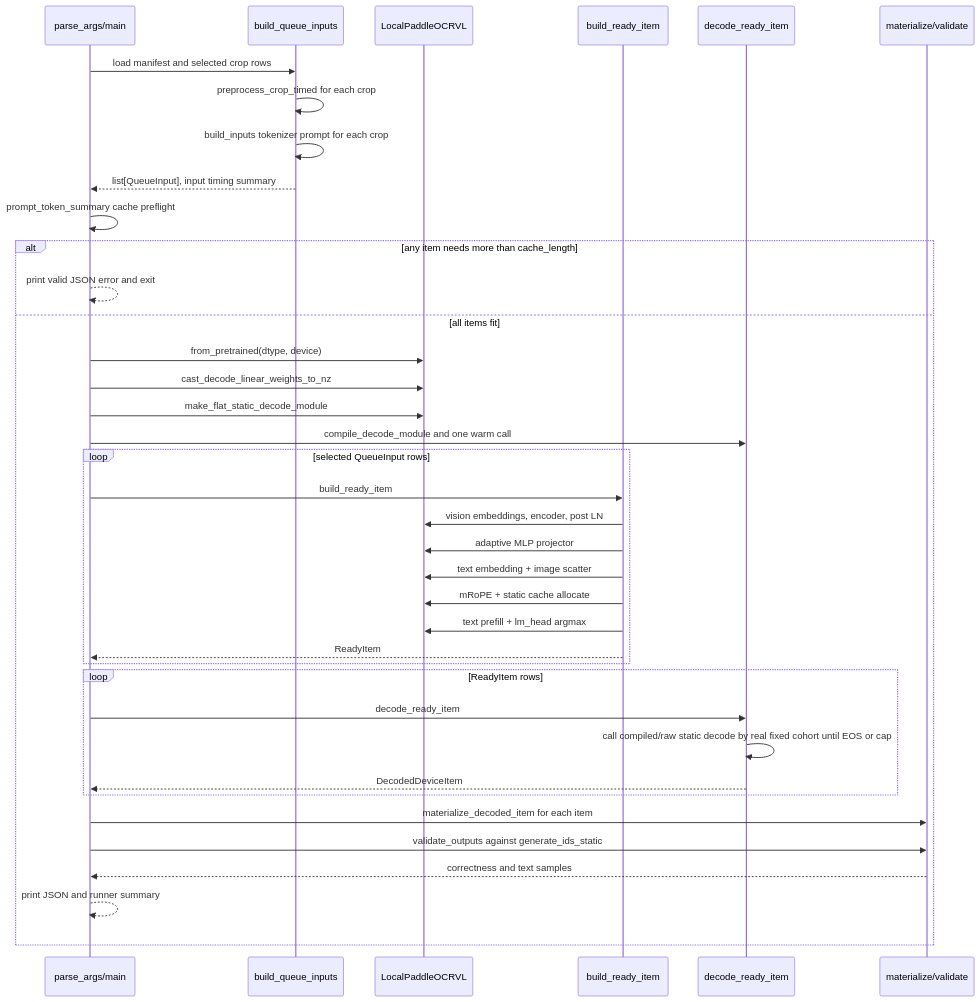
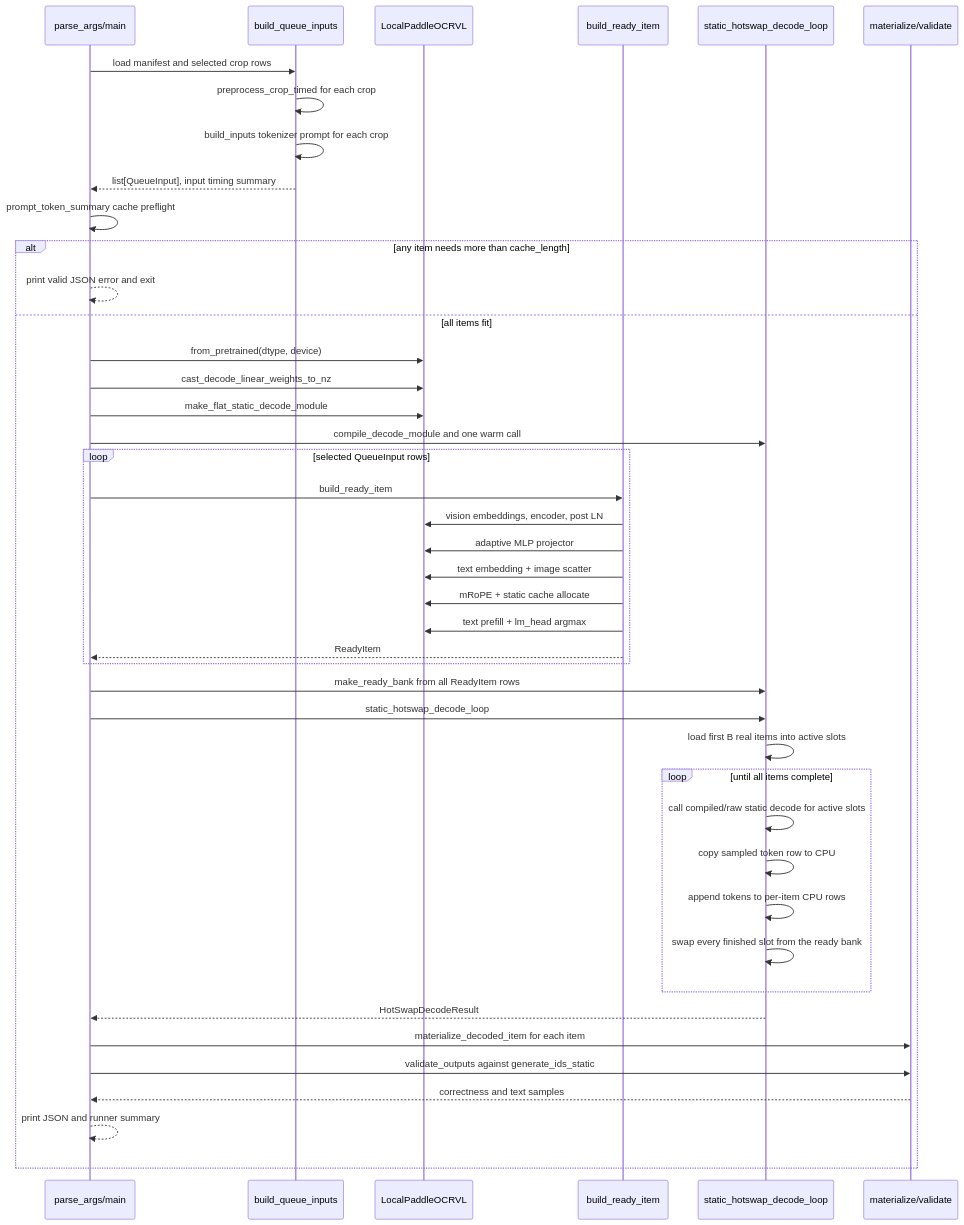
Before and after one commit to lukaIvanic/paddle_ocr_vl_npu: the second of 2 diagrams in 05_full_recognizer_optimizations/QUEUE_BENCHMARK_FLOW.md, drawn with Mermaid. The commit also changed other lines of this file and 4 other files, not shown here.

````diff
--- a/05_full_recognizer_optimizations/QUEUE_BENCHMARK_FLOW.md
+++ b/05_full_recognizer_optimizations/QUEUE_BENCHMARK_FLOW.md
@@ -52,41 +56,46 @@
 ```mermaid
 sequenceDiagram
     participant CLI as parse_args/main
     participant Inputs as build_queue_inputs
     participant Model as LocalPaddleOCRVL
     participant Ready as build_ready_item
-    participant Decode as decode_ready_item
+    participant Decode as static_hotswap_decode_loop
     participant Output as materialize/validate
 
     CLI->>Inputs: load manifest and selected crop rows
     Inputs->>Inputs: preprocess_crop_timed for each crop
     Inputs->>Inputs: build_inputs tokenizer prompt for each crop
     Inputs-->>CLI: list[QueueInput], input timing summary
     CLI->>CLI: prompt_token_summary cache preflight
     alt any item needs more than cache_length
         CLI-->>CLI: print valid JSON error and exit
     else all items fit
         CLI->>Model: from_pretrained(dtype, device)
         CLI->>Model: cast_decode_linear_weights_to_nz
         CLI->>Model: make_flat_static_decode_module
         CLI->>Decode: compile_decode_module and one warm call
         loop selected QueueInput rows
             CLI->>Ready: build_ready_item
             Ready->>Model: vision embeddings, encoder, post LN
             Ready->>Model: adaptive MLP projector
             Ready->>Model: text embedding + image scatter
             Ready->>Model: mRoPE + static cache allocate
             Ready->>Model: text prefill + lm_head argmax
             Ready-->>CLI: ReadyItem
         end
-        loop ReadyItem rows
-            CLI->>Decode: decode_ready_item
-            Decode->>Decode: call compiled/raw static decode by real fixed cohort until EOS or cap
-            Decode-->>CLI: DecodedDeviceItem
+        CLI->>Decode: make_ready_bank from all ReadyItem rows
+        CLI->>Decode: static_hotswap_decode_loop
+        Decode->>Decode: load first B real items into active slots
+        loop until all items complete
+            Decode->>Decode: call compiled/raw static decode for active slots
+            Decode->>Decode: copy sampled token row to CPU
+            Decode->>Decode: append tokens to per-item CPU rows
+            Decode->>Decode: swap every finished slot from the ready bank
         end
+        Decode-->>CLI: HotSwapDecodeResult
         CLI->>Output: materialize_decoded_item for each item
         CLI->>Output: validate_outputs against generate_ids_static
         Output-->>CLI: correctness and text samples
         CLI-->>CLI: print JSON and runner summary
     end
 ```
````
